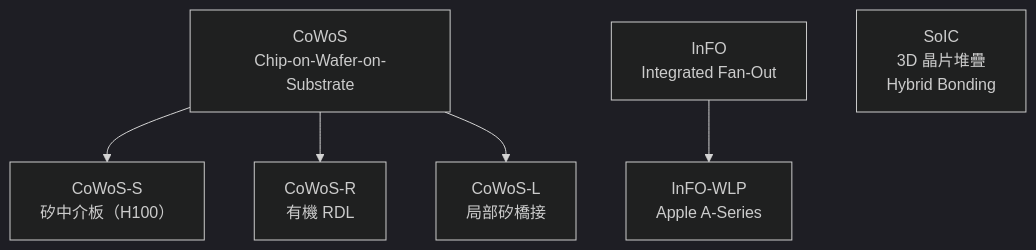
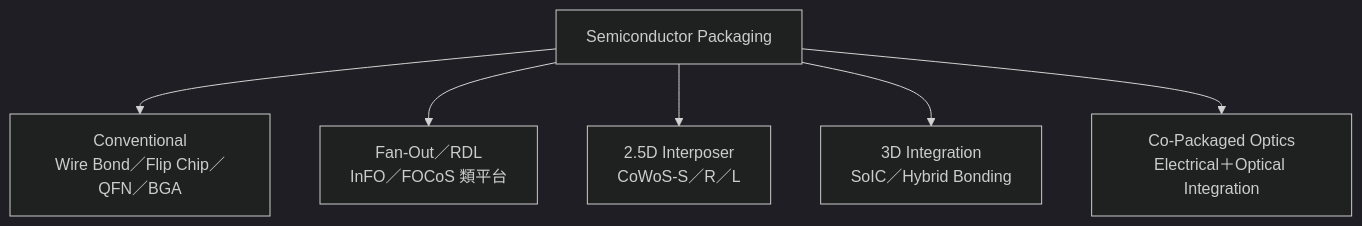
The diagram in docs/semi-jobs/15-packaging.md (wizardhsiehcom/book), drawn with Mermaid (dark theme) before and after one commit. The commit also changed other lines of this file and 31 other files, not shown here.

````diff
--- a/docs/semi-jobs/15-packaging.md
+++ b/docs/semi-jobs/15-packaging.md
@@ -31,8 +7,8 @@
 ```mermaid
 flowchart TD
-    CoWoS["CoWoS<br/>Chip-on-Wafer-on-Substrate"] --> S["CoWoS-S<br/>矽中介板（H100）"]
-    CoWoS --> R["CoWoS-R<br/>有機 RDL"]
-    CoWoS --> L["CoWoS-L<br/>局部矽橋接"]
-    InFO["InFO<br/>Integrated Fan-Out"] --> InFO_W["InFO-WLP<br/>Apple A-Series"]
-    SoIC["SoIC<br/>3D 晶片堆疊<br/>Hybrid Bonding"]
+    PKG["Semiconductor Packaging"] --> CON["Conventional<br/>Wire Bond／Flip Chip／QFN／BGA"]
+    PKG --> FAN["Fan-Out／RDL<br/>InFO／FOCoS 類平台"]
+    PKG --> INT["2.5D Interposer<br/>CoWoS-S／R／L"]
+    PKG --> D3["3D Integration<br/>SoIC／Hybrid Bonding"]
+    PKG --> CPO["Co-Packaged Optics<br/>Electrical＋Optical Integration"]
 ```
````
